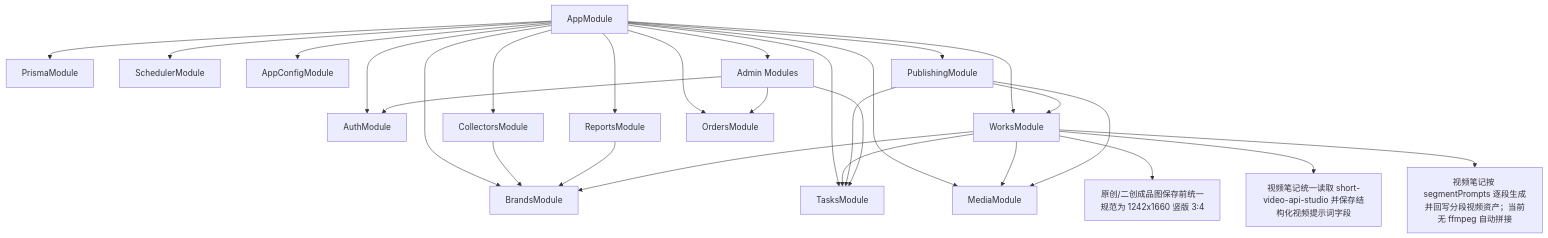
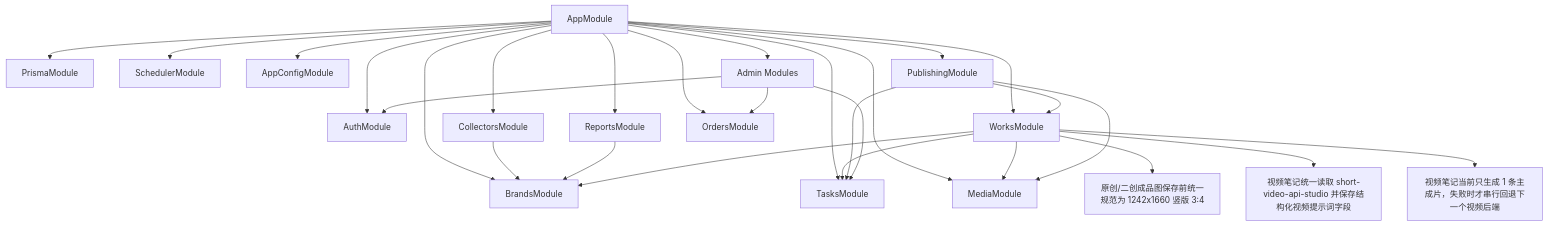
Before and after one commit to Depthukesh/ai-omni-ops-system: the ninth of 11 diagrams in docs/site-map-mermaid.md, drawn with Mermaid. The commit also changed other lines of this file and 13 other files, not shown here.

````diff
--- a/docs/site-map-mermaid.md
+++ b/docs/site-map-mermaid.md
@@ -365,33 +368,33 @@
 ```mermaid
 flowchart TD
     App["AppModule"]
     App --> Infra1["PrismaModule"]
     App --> Infra2["SchedulerModule"]
     App --> Infra3["AppConfigModule"]
 
     App --> M1["AuthModule"]
     App --> M2["BrandsModule"]
     App --> M3["CollectorsModule"]
     App --> M4["ReportsModule"]
     App --> M5["WorksModule"]
     App --> M6["PublishingModule"]
     App --> M7["TasksModule"]
     App --> M8["MediaModule"]
     App --> M9["OrdersModule"]
     App --> M10["Admin Modules"]
 
     M3 --> M2
     M4 --> M2
     M5 --> M2
     M5 --> M7
     M5 --> M8
     M5 --> M51["原创/二创成品图保存前统一规范为 1242x1660 竖版 3:4"]
     M5 --> M52["视频笔记统一读取 short-video-api-studio 并保存结构化视频提示词字段"]
-    M5 --> M53["视频笔记按 segmentPrompts 逐段生成并回写分段视频资产；当前无 ffmpeg 自动拼接"]
+    M5 --> M53["视频笔记当前只生成 1 条主成片，失败时才串行回退下一个视频后端"]
     M6 --> M5
     M6 --> M7
     M6 --> M8
     M10 --> M9
     M10 --> M1
     M10 --> M7
 ```
````
